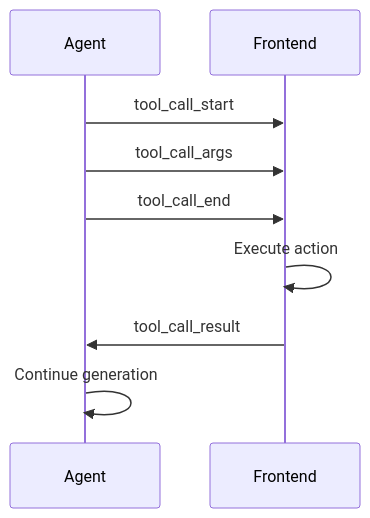
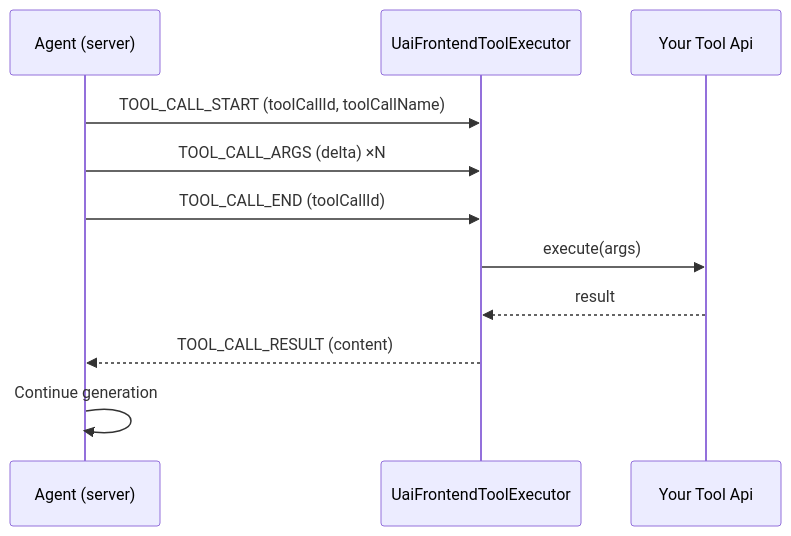
Before and after one commit to acoumb/UmbracoDocs: the diagram in ai-in-umbraco/1/add-ons/agent-copilot/frontend-tools.md, drawn with Mermaid. The commit also changed other lines of this file and 48 other files, not shown here.

````diff
--- a/ai-in-umbraco/1/add-ons/agent-copilot/frontend-tools.md
+++ b/ai-in-umbraco/1/add-ons/agent-copilot/frontend-tools.md
@@ -12,11 +14,14 @@
 ```mermaid
 sequenceDiagram
-    participant Agent
-    participant Frontend
-    Agent->>Frontend: tool_call_start
-    Agent->>Frontend: tool_call_args
-    Agent->>Frontend: tool_call_end
-    Frontend->>Frontend: Execute action
-    Frontend->>Agent: tool_call_result
+    participant Agent as Agent (server)
+    participant Executor as UaiFrontendToolExecutor
+    participant Tool as Your Tool Api
+
+    Agent->>Executor: TOOL_CALL_START (toolCallId, toolCallName)
+    Agent->>Executor: TOOL_CALL_ARGS (delta) ×N
+    Agent->>Executor: TOOL_CALL_END (toolCallId)
+    Executor->>Tool: execute(args)
+    Tool-->>Executor: result
+    Executor-->>Agent: TOOL_CALL_RESULT (content)
     Agent->>Agent: Continue generation
 ```
````
